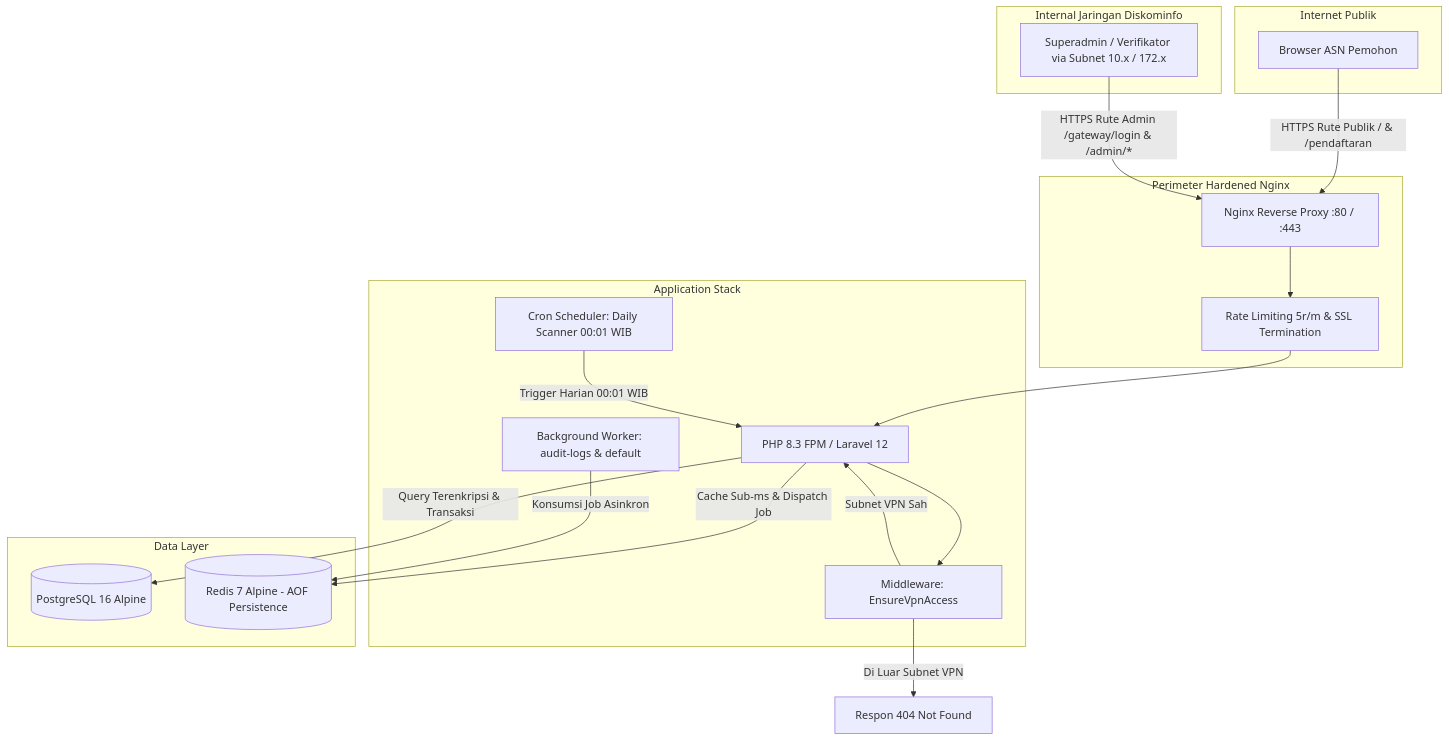
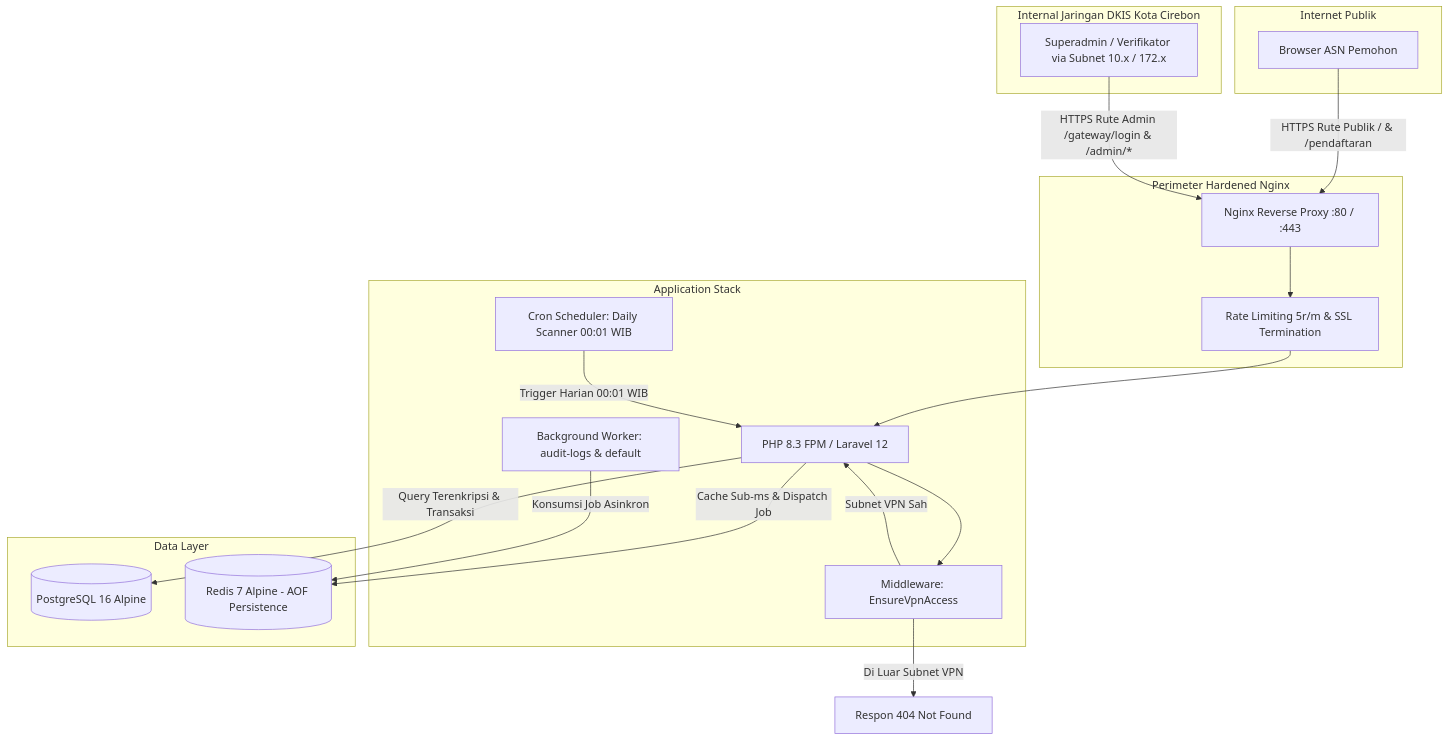
Before and after one commit to jundan01/sismon-tte: the diagram in README.md, drawn with Mermaid. The commit also changed other lines of this file and 20 other files, not shown here.

Commit message:
refactor: update department branding to Dinas Komunikasi, Informatika, dan Statistik Kota Cirebon (DKIS Kota Cirebon)

````diff
--- a/README.md
+++ b/README.md
@@ -107,42 +107,42 @@
 ```mermaid
 graph TD
     subgraph Internet Publik
         ASN[Browser ASN Pemohon]
     end
 
-    subgraph Internal Jaringan Diskominfo
+    subgraph Internal Jaringan DKIS Kota Cirebon
         AdminVPN[Superadmin / Verifikator via Subnet 10.x / 172.x]
     end
 
     subgraph Perimeter Hardened Nginx
         EdgeProxy[Nginx Reverse Proxy :80 / :443]
         RateLimiter[Rate Limiting 5r/m & SSL Termination]
     end
 
     subgraph Application Stack
         AppFpm[PHP 8.3 FPM / Laravel 12]
         VpnMiddleware[Middleware: EnsureVpnAccess]
         QueueWorker[Background Worker: audit-logs & default]
         CronJob[Cron Scheduler: Daily Scanner 00:01 WIB]
     end
 
     subgraph Data Layer
         Postgres[(PostgreSQL 16 Alpine)]
         RedisCache[(Redis 7 Alpine - AOF Persistence)]
     end
 
     ASN -->|HTTPS Rute Publik / & /pendaftaran| EdgeProxy
     AdminVPN -->|HTTPS Rute Admin /gateway/login & /admin/*| EdgeProxy
 
     EdgeProxy --> RateLimiter
     RateLimiter --> AppFpm
 
     AppFpm --> VpnMiddleware
     VpnMiddleware -->|Subnet VPN Sah| AppFpm
     VpnMiddleware -->|Di Luar Subnet VPN| Stealth404[Respon 404 Not Found]
 
     AppFpm -->|Query Terenkripsi & Transaksi| Postgres
     AppFpm -->|Cache Sub-ms & Dispatch Job| RedisCache
     QueueWorker -->|Konsumsi Job Asinkron| RedisCache
     CronJob -->|Trigger Harian 00:01 WIB| AppFpm
 ```
````
